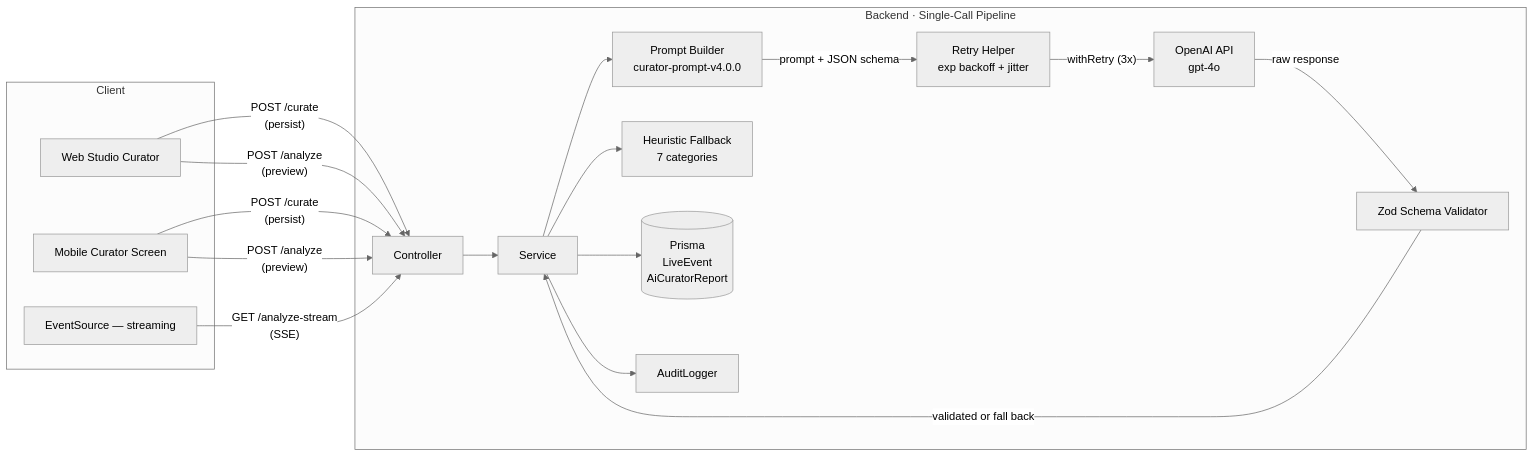
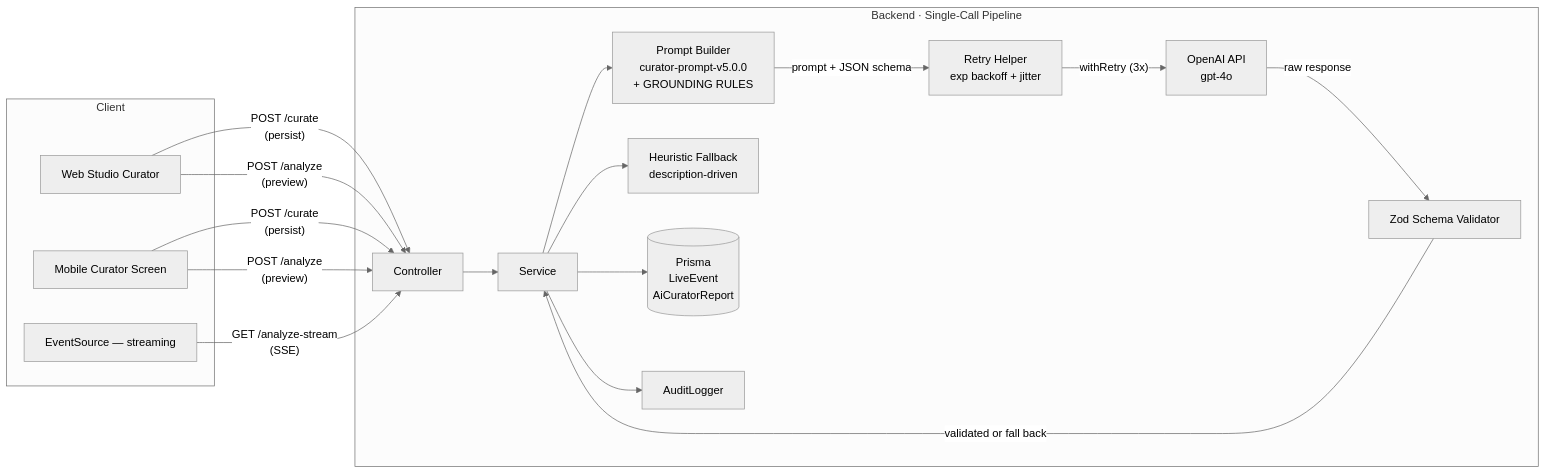
The diagram in docs/AI-CURATOR.md (TomOutfit/OmniCast_PRN232-PRM393_Project_Fa26Semester), drawn with Mermaid (neutral theme) before and after one commit. The commit also changed other lines of this file and 1 other file, not shown here.

Commit message:
docs(ai-curator): update technical specification for grounding validation and dynamic duration

````diff
--- a/docs/AI-CURATOR.md
+++ b/docs/AI-CURATOR.md
@@ -18,34 +18,34 @@
 ```mermaid
 flowchart LR
     subgraph Client
         W[Web Studio Curator]
         M[Mobile Curator Screen]
         SE[EventSource — streaming]
     end
 
     subgraph NestJS["Backend · Single-Call Pipeline"]
         C[Controller]
         S[Service]
-        P[Prompt Builder<br/>curator-prompt-v4.0.0]
+        P[Prompt Builder<br/>curator-prompt-v5.0.0<br/>+ GROUNDING RULES]
         Z[Zod Schema Validator]
         R[Retry Helper<br/>exp backoff + jitter]
-        H[Heuristic Fallback<br/>7 categories]
+        H[Heuristic Fallback<br/>description-driven]
         DB[(Prisma<br/>LiveEvent<br/>AiCuratorReport)]
         AL[AuditLogger]
         OAI[OpenAI API<br/>gpt-4o]
     end
 
     W & M -->|"POST /curate<br/>(persist)"| C
     W & M -->|"POST /analyze<br/>(preview)"| C
     SE -->|"GET /analyze-stream<br/>(SSE)"| C
 
     C --> S
     S --> P
     P -->|"prompt + JSON schema"| R
     R -->|"withRetry (3x)"| OAI
     OAI -->|"raw response"| Z
     Z -->|"validated or fall back"| S
     S --> H
     S --> DB
     S --> AL
 ```
````
